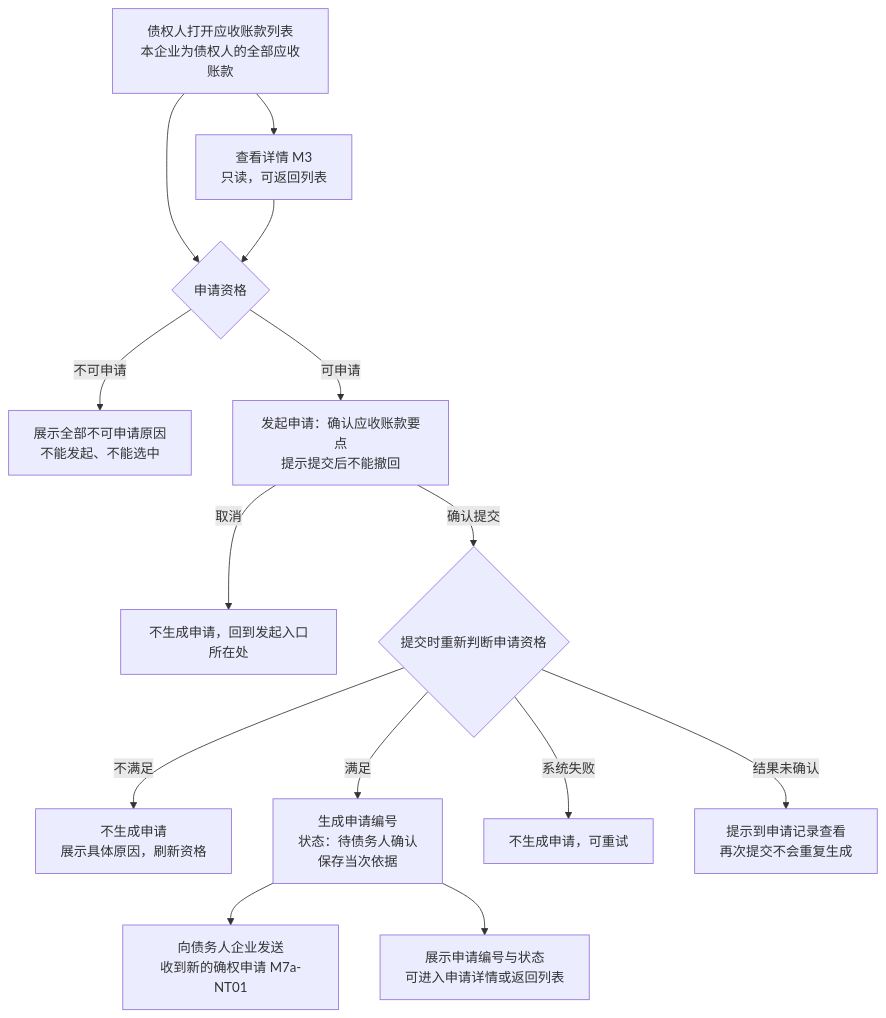
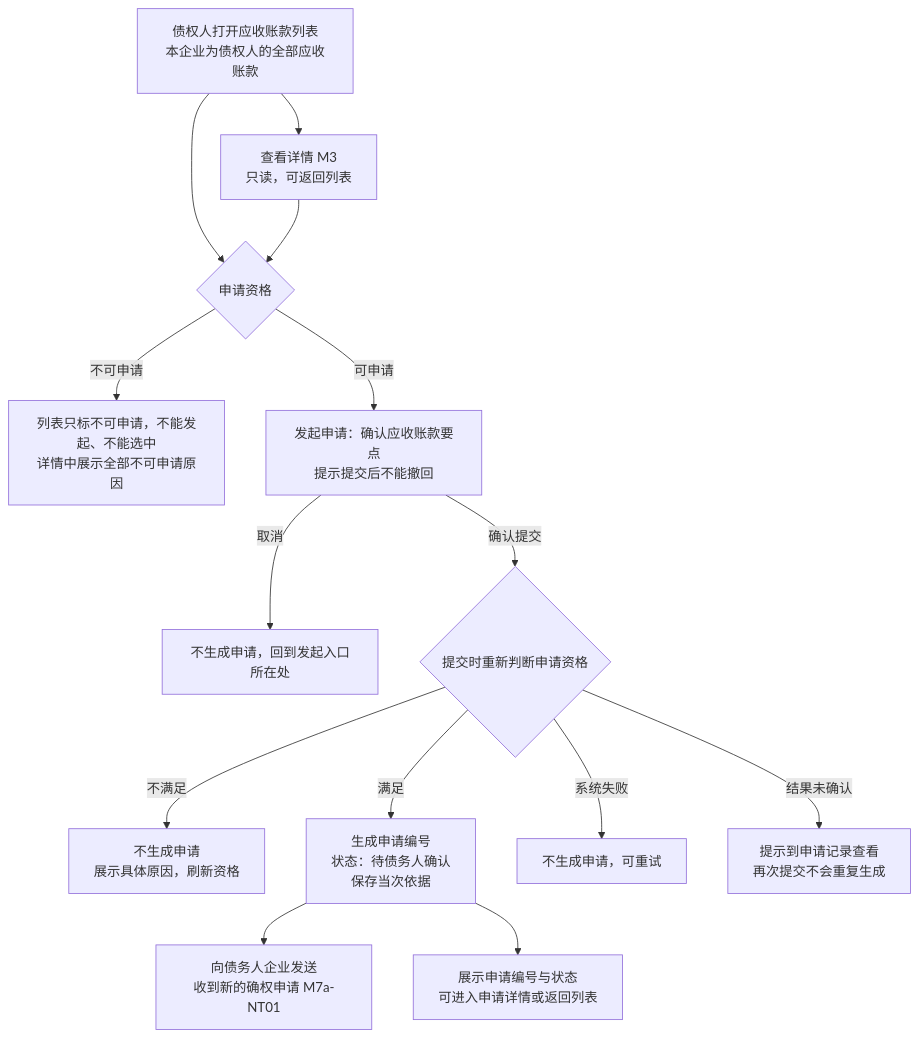
Before and after one commit to wxblockchain/Chain-Financing: the first of 4 diagrams in asset-trust-platform/PRD/企业端/M7a-应收查看与确权申请/02-应收查看与确权申请-流程图与状态机.md, drawn with Mermaid. The commit also changed other lines of this file and 15 other files, not shown here.

````diff
--- a/asset-trust-platform/PRD/企业端/M7a-应收查看与确权申请/02-应收查看与确权申请-流程图与状态机.md
+++ b/asset-trust-platform/PRD/企业端/M7a-应收查看与确权申请/02-应收查看与确权申请-流程图与状态机.md
@@ -17,16 +17,16 @@
 ```mermaid
 flowchart TD
     A[债权人打开应收账款列表<br/>本企业为债权人的全部应收账款] --> B[查看详情 M3<br/>只读，可返回列表]
     A --> C{申请资格}
     B --> C
-    C -->|不可申请| C1[展示全部不可申请原因<br/>不能发起、不能选中]
+    C -->|不可申请| C1[列表只标不可申请，不能发起、不能选中<br/>详情中展示全部不可申请原因]
     C -->|可申请| D[发起申请：确认应收账款要点<br/>提示提交后不能撤回]
     D -->|取消| A1[不生成申请，回到发起入口所在处]
     D -->|确认提交| E{提交时重新判断申请资格}
     E -->|不满足| E1[不生成申请<br/>展示具体原因，刷新资格]
     E -->|满足| F[生成申请编号<br/>状态：待债务人确认<br/>保存当次依据]
     F --> G[向债务人企业发送<br/>收到新的确权申请 M7a-NT01]
     F --> H[展示申请编号与状态<br/>可进入申请详情或返回列表]
     E -->|系统失败| E2[不生成申请，可重试]
     E -->|结果未确认| E3[提示到申请记录查看<br/>再次提交不会重复生成]
 ```
````
